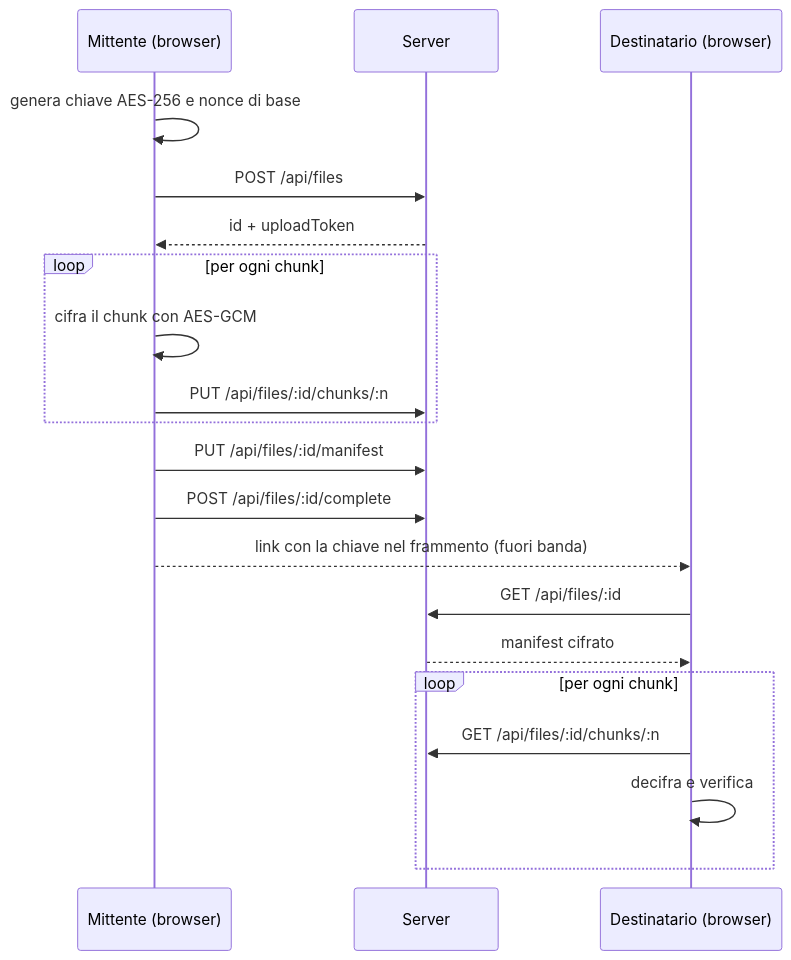
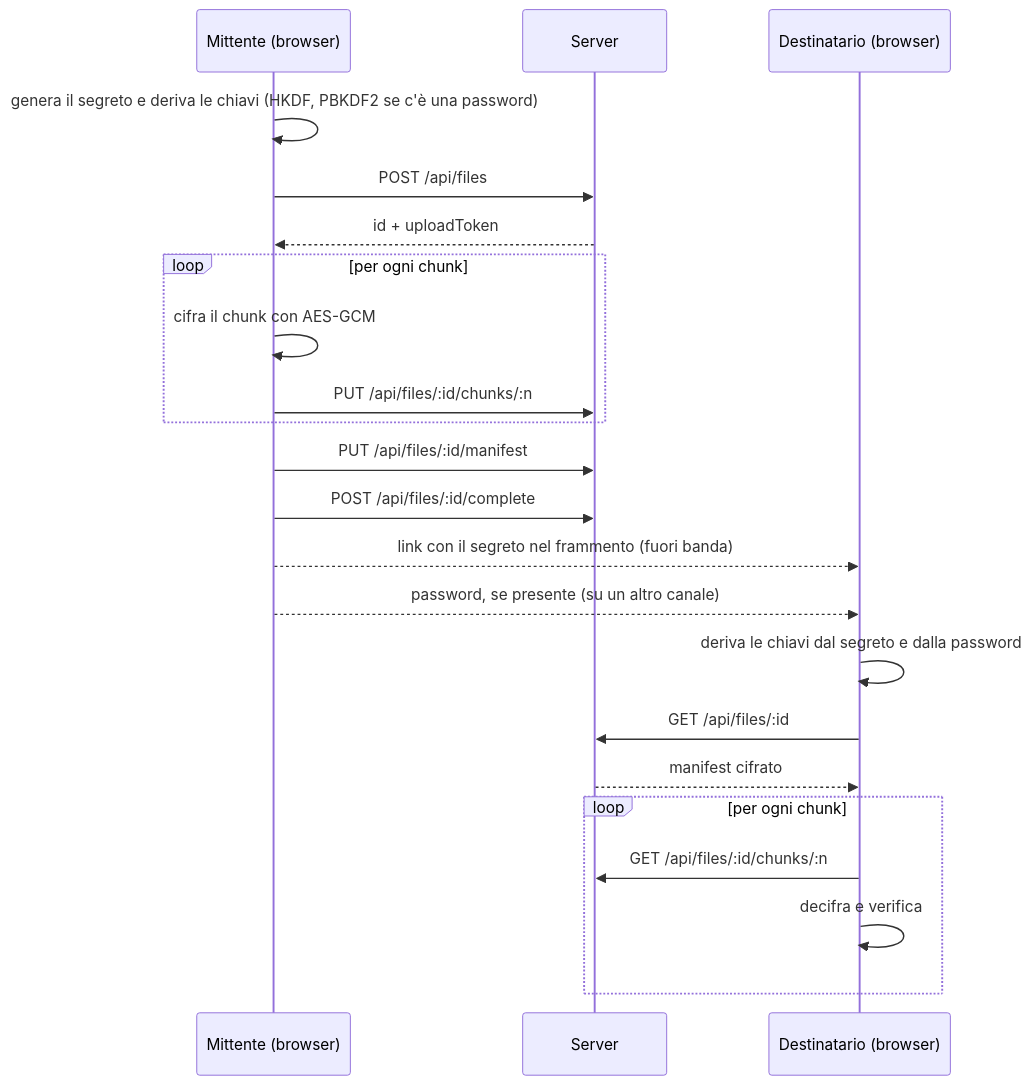
The diagram in README.md (3rch0m41/erchomai-transfer), drawn with Mermaid before and after one commit. The commit also changed other lines of this file, not shown here.

````diff
--- a/README.md
+++ b/README.md
@@ -45,22 +45,24 @@
 ```mermaid
 sequenceDiagram
     participant M as Mittente (browser)
     participant S as Server
     participant D as Destinatario (browser)
-    M->>M: genera chiave AES-256 e nonce di base
+    M->>M: genera il segreto e deriva le chiavi (HKDF, PBKDF2 se c'è una password)
     M->>S: POST /api/files
     S-->>M: id + uploadToken
     loop per ogni chunk
         M->>M: cifra il chunk con AES-GCM
         M->>S: PUT /api/files/:id/chunks/:n
     end
     M->>S: PUT /api/files/:id/manifest
     M->>S: POST /api/files/:id/complete
-    M-->>D: link con la chiave nel frammento (fuori banda)
+    M-->>D: link con il segreto nel frammento (fuori banda)
+    M-->>D: password, se presente (su un altro canale)
+    D->>D: deriva le chiavi dal segreto e dalla password
     D->>S: GET /api/files/:id
     S-->>D: manifest cifrato
     loop per ogni chunk
         D->>S: GET /api/files/:id/chunks/:n
         D->>D: decifra e verifica
     end
 ```
````
